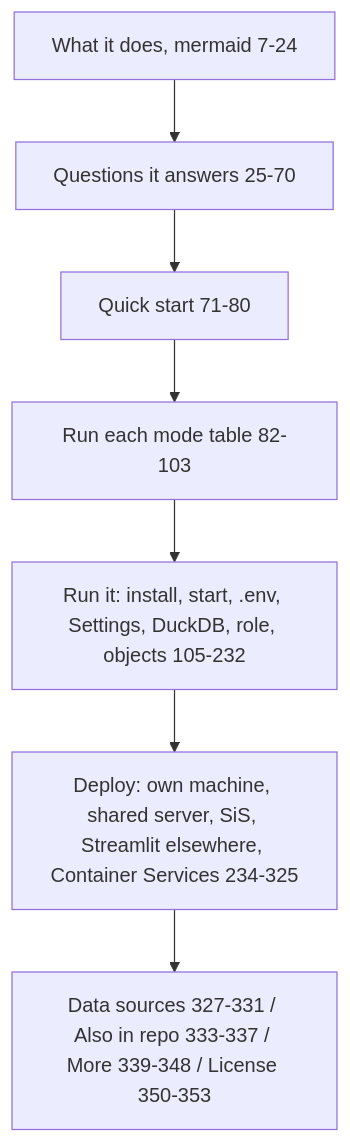
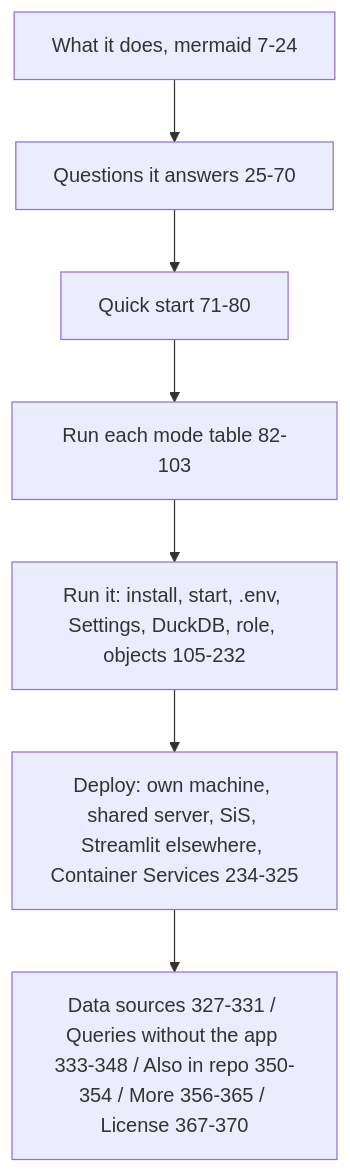
One commit to darshanmeel/snowflake-access-explorer changed the diagram in snowflake-access-explorer-knowledge-graph/documents/readme-md.md. Above: the diagram before and after it, drawn with Mermaid. The commit also changed other lines of this file and 34 other files, not shown here.

````diff
--- a/snowflake-access-explorer-knowledge-graph/documents/readme-md.md
+++ b/snowflake-access-explorer-knowledge-graph/documents/readme-md.md
@@ -3,9 +3,9 @@
 ```mermaid
 flowchart TD
   A[What it does, mermaid 7-24] --> B[Questions it answers 25-70]
   B --> C[Quick start 71-80]
   C --> D[Run each mode table 82-103]
   D --> E[Run it: install, start, .env, Settings, DuckDB, role, objects 105-232]
   E --> F[Deploy: own machine, shared server, SiS, Streamlit elsewhere, Container Services 234-325]
-  F --> G[Data sources 327-331 / Also in repo 333-337 / More 339-348 / License 350-353]
+  F --> G[Data sources 327-331 / Queries without the app 333-348 / Also in repo 350-354 / More 356-365 / License 367-370]
 ```
````
